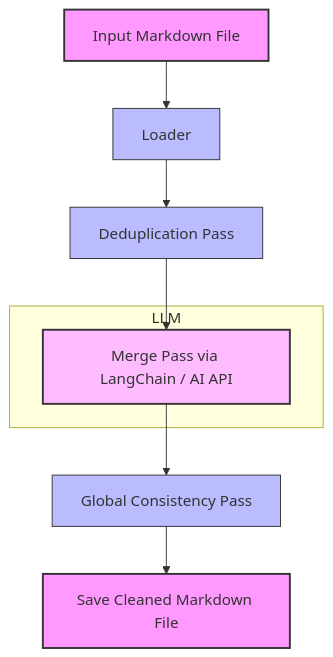
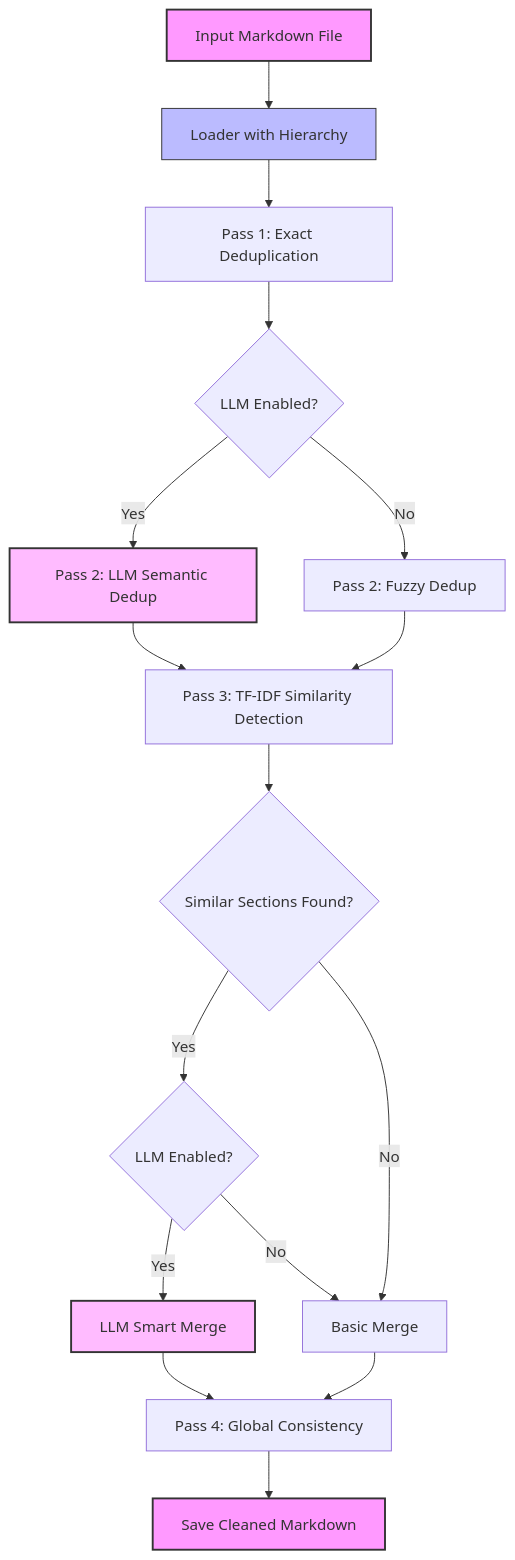
Before and after one commit to talha-yousuf/langchain-md-deduplicator-agent: the diagram in README.md, drawn with Mermaid. The commit also changed other lines of this file, not shown here.

````diff
--- a/README.md
+++ b/README.md
@@ -100,19 +165,24 @@
 ```mermaid
 flowchart TD
-    A[Input Markdown File] --> B[Loader]
-    B --> C[Deduplication Pass]
-    C --> D[Merge Pass via LangChain / AI API]
-    D --> E[Global Consistency Pass]
-    E --> F[Save Cleaned Markdown File]
-
-    subgraph LLM[LLM]
-        D
-    end
+    A[Input Markdown File] --> B[Loader with Hierarchy]
+    B --> C[Pass 1: Exact Deduplication]
+    C --> D{LLM Enabled?}
+    D -->|Yes| E[Pass 2: LLM Semantic Dedup]
+    D -->|No| F[Pass 2: Fuzzy Dedup]
+    E --> G[Pass 3: TF-IDF Similarity Detection]
+    F --> G
+    G --> H{Similar Sections Found?}
+    H -->|Yes| I{LLM Enabled?}
+    H -->|No| K
+    I -->|Yes| J[LLM Smart Merge]
+    I -->|No| K[Basic Merge]
+    J --> L[Pass 4: Global Consistency]
+    K --> L
+    L --> M[Save Cleaned Markdown]
 
     style A fill:#f9f,stroke:#333,stroke-width:2px
     style B fill:#bbf,stroke:#333,stroke-width:1px
-    style C fill:#bbf,stroke:#333,stroke-width:1px
-    style D fill:#fbf,stroke:#333,stroke-width:2px
-    style E fill:#bbf,stroke:#333,stroke-width:1px
-    style F fill:#f9f,stroke:#333,stroke-width:2px
+    style E fill:#fbf,stroke:#333,stroke-width:2px
+    style J fill:#fbf,stroke:#333,stroke-width:2px
+    style M fill:#f9f,stroke:#333,stroke-width:2px
 ```
````
